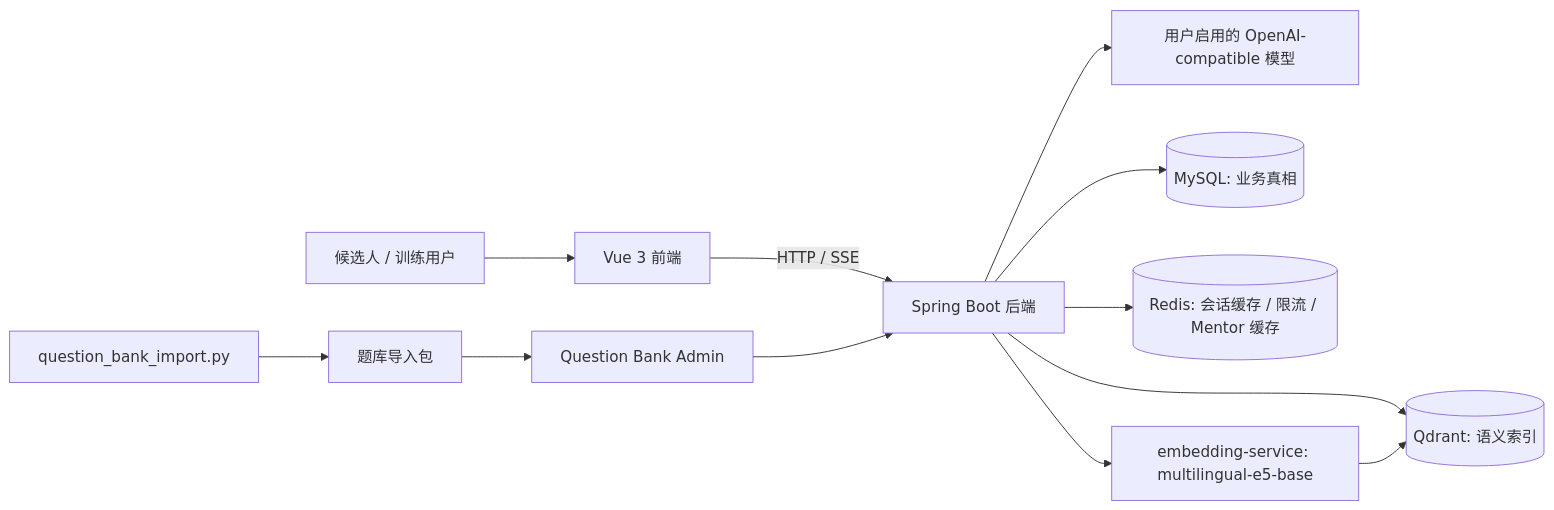
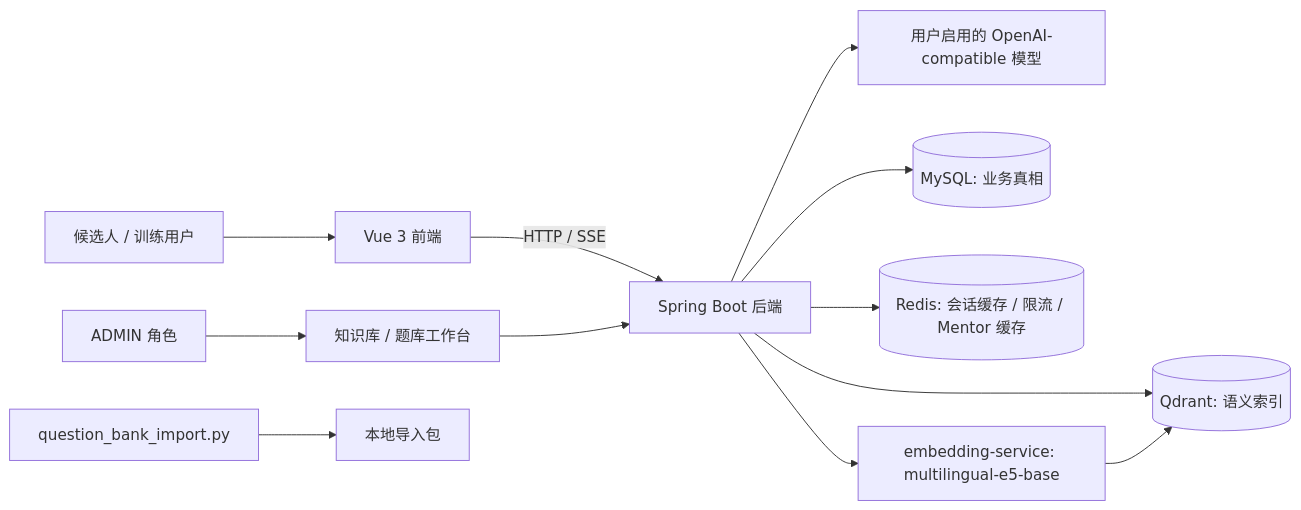
The first of 2 diagrams in README.md (nzy0510/AI-Interview), drawn with Mermaid before and after one commit. The commit also changed other lines of this file and 57 other files, not shown here.

Commit message:
feat(question-bank): add atom generation review workflow

````diff
--- a/README.md
+++ b/README.md
@@ -51,14 +51,14 @@
 ```mermaid
 graph LR
     User["候选人 / 训练用户"] --> Frontend["Vue 3 前端"]
     Frontend -->|"HTTP / SSE"| Backend["Spring Boot 后端"]
     Backend --> LLM["用户启用的 OpenAI-compatible 模型"]
     Backend --> MySQL[("MySQL: 业务真相")]
     Backend --> Redis[("Redis: 会话缓存 / 限流 / Mentor 缓存")]
     Backend --> Qdrant[("Qdrant: 语义索引")]
     Backend --> Embed["embedding-service: multilingual-e5-base"]
     Embed --> Qdrant
-    Admin["Question Bank Admin"] --> Backend
-    Script["question_bank_import.py"] --> Package["题库导入包"]
-    Package --> Admin
+    Workspace["知识库 / 题库工作台"] --> Backend
+    Admin["ADMIN 角色"] --> Workspace
+    Script["question_bank_import.py"] --> Package["本地导入包"]
 ```
````
